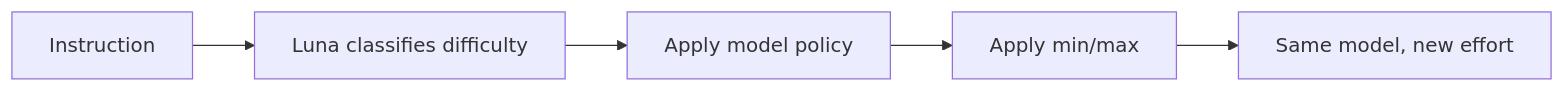
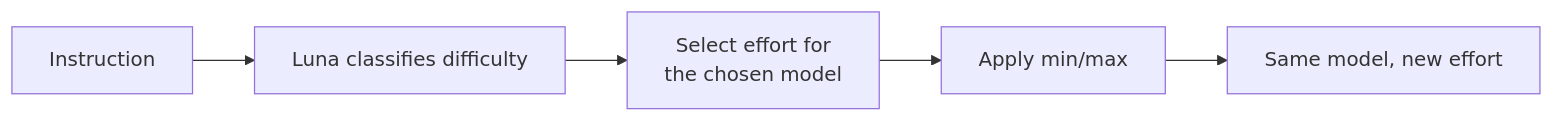
The diagram in README.en.md (MametaroGG/OpenCode-Codex-AutoReasoning), drawn with Mermaid before and after one commit. The commit also changed 1 other file, not shown here.

Commit message:
Clarify the model-policy step in the README diagrams
Replace the ambiguous 'apply model-specific table' label with 'select the effort for the chosen model' in both Japanese and English Mermaid diagrams.

````diff
--- a/README.en.md
+++ b/README.en.md
@@ -18,7 +18,7 @@
 ```mermaid
 flowchart LR
     A[Instruction] --> B[Luna classifies difficulty]
-    B --> C[Apply model policy]
+    B --> C[Select effort for<br/>the chosen model]
     C --> D[Apply min/max]
     D --> E[Same model, new effort]
 ```
````
